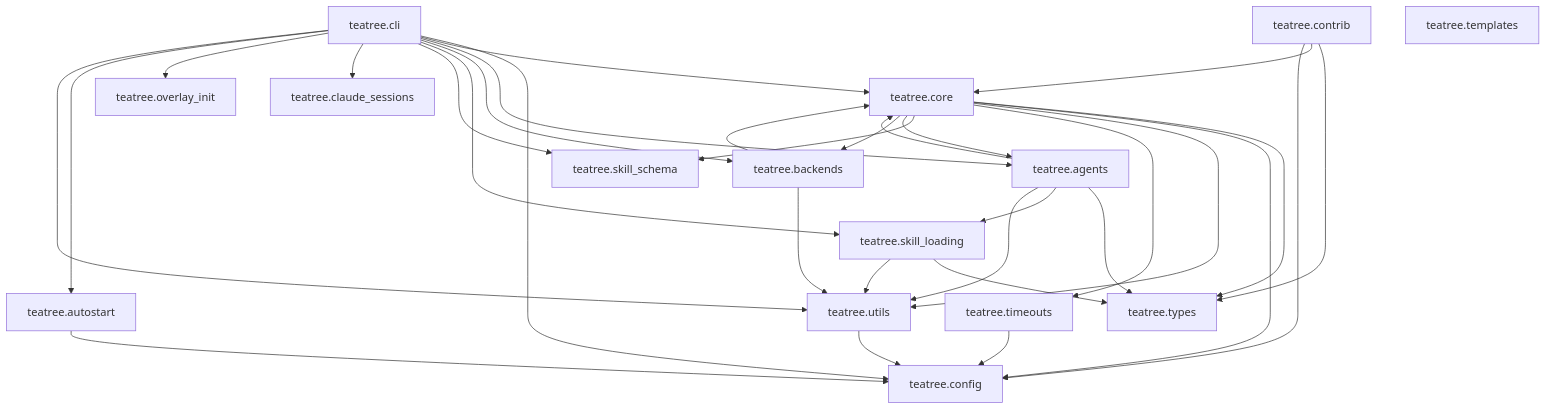
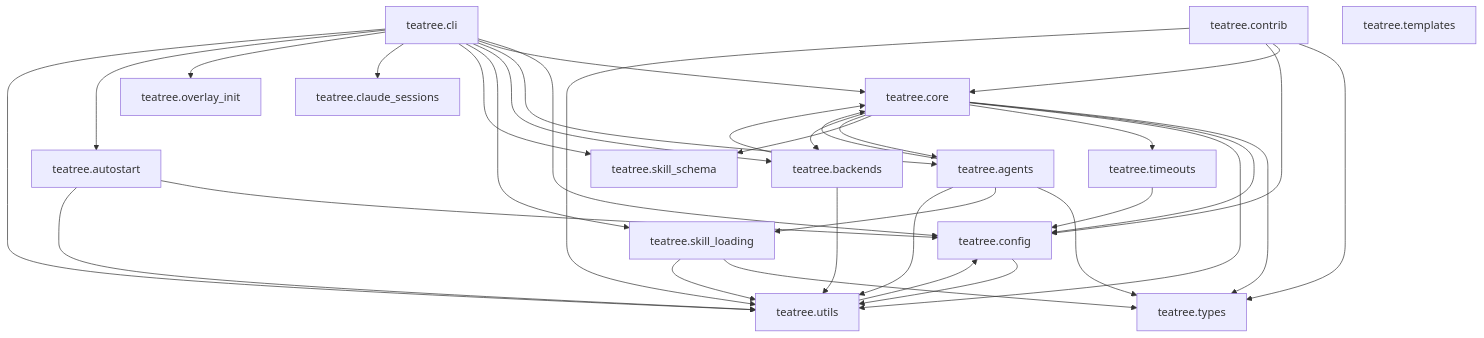
Before and after one commit to souliane/teatree: the sixth of 6 diagrams in BLUEPRINT.md, drawn with Mermaid. The commit also changed other lines of this file and 80 other files, not shown here.

````diff
--- a/BLUEPRINT.md
+++ b/BLUEPRINT.md
@@ -1327,40 +1367,42 @@
 ```mermaid
 graph TD
+    teatree.config --> teatree.utils
     teatree.utils --> teatree.config
     teatree.autostart --> teatree.config
+    teatree.autostart --> teatree.utils
     teatree.timeouts --> teatree.config
     teatree.skill_loading --> teatree.types
     teatree.skill_loading --> teatree.utils
     teatree.core --> teatree.types
     teatree.core --> teatree.config
     teatree.core --> teatree.utils
     teatree.core --> teatree.timeouts
     teatree.core --> teatree.skill_schema
     teatree.core --> teatree.agents
     teatree.core --> teatree.backends
     teatree.agents --> teatree.types
     teatree.agents --> teatree.core
     teatree.agents --> teatree.skill_loading
     teatree.agents --> teatree.utils
     teatree.backends --> teatree.utils
     teatree.backends --> teatree.core
     teatree.contrib --> teatree.types
     teatree.contrib --> teatree.core
     teatree.contrib --> teatree.config
+    teatree.contrib --> teatree.utils
     teatree.cli --> teatree.config
     teatree.cli --> teatree.core
     teatree.cli --> teatree.agents
     teatree.cli --> teatree.backends
     teatree.cli --> teatree.skill_loading
     teatree.cli --> teatree.skill_schema
     teatree.cli --> teatree.claude_sessions
     teatree.cli --> teatree.overlay_init
     teatree.cli --> teatree.autostart
     teatree.cli --> teatree.utils
     teatree.types
-    teatree.config
     teatree.templates
     teatree.claude_sessions
     teatree.overlay_init
     teatree.skill_schema
 ```
````
